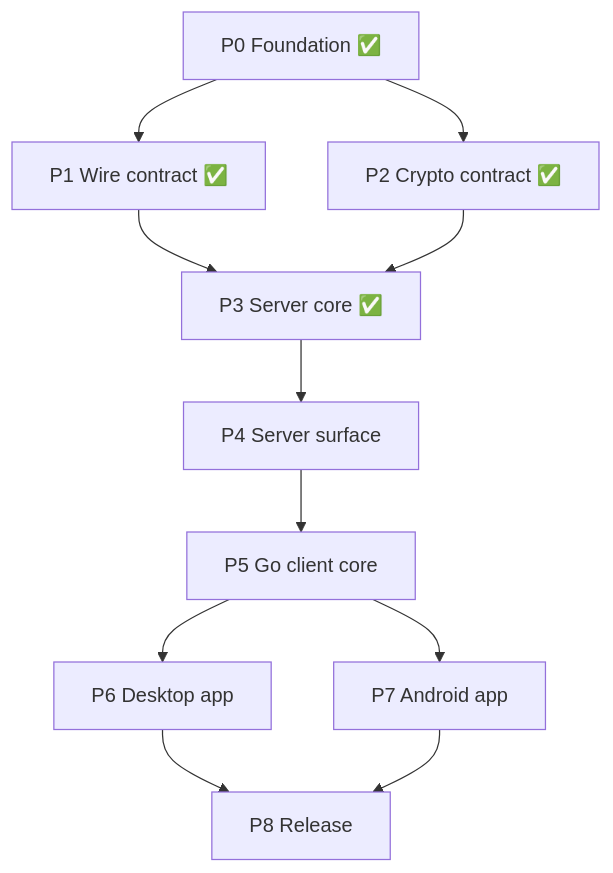
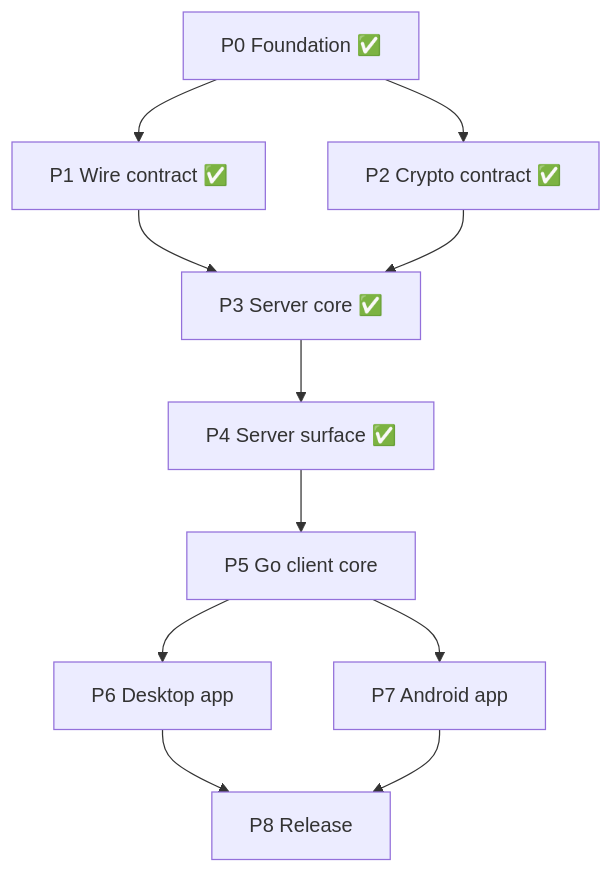
One commit to Mark7888/two-place-paste changed the diagram in docs/ROADMAP.md. Above: the diagram before and after it, drawn with Mermaid. The commit also changed other lines of this file and 22 other files, not shown here.

First line of the commit message:
[P4] Server surface: admin UI, creation tokens, deployment

````diff
--- a/docs/ROADMAP.md
+++ b/docs/ROADMAP.md
@@ -127,13 +127,13 @@
 ```mermaid
 graph TD
     P0["P0 Foundation ✅"] --> P1["P1 Wire contract ✅"]
     P0 --> P2["P2 Crypto contract ✅"]
     P1 --> P3["P3 Server core ✅"]
     P2 --> P3
-    P3 --> P4["P4 Server surface"]
+    P3 --> P4["P4 Server surface ✅"]
     P4 --> P5["P5 Go client core"]
     P5 --> P6["P6 Desktop app"]
     P5 --> P7["P7 Android app"]
     P6 --> P8["P8 Release"]
     P7 --> P8
 ```
````
